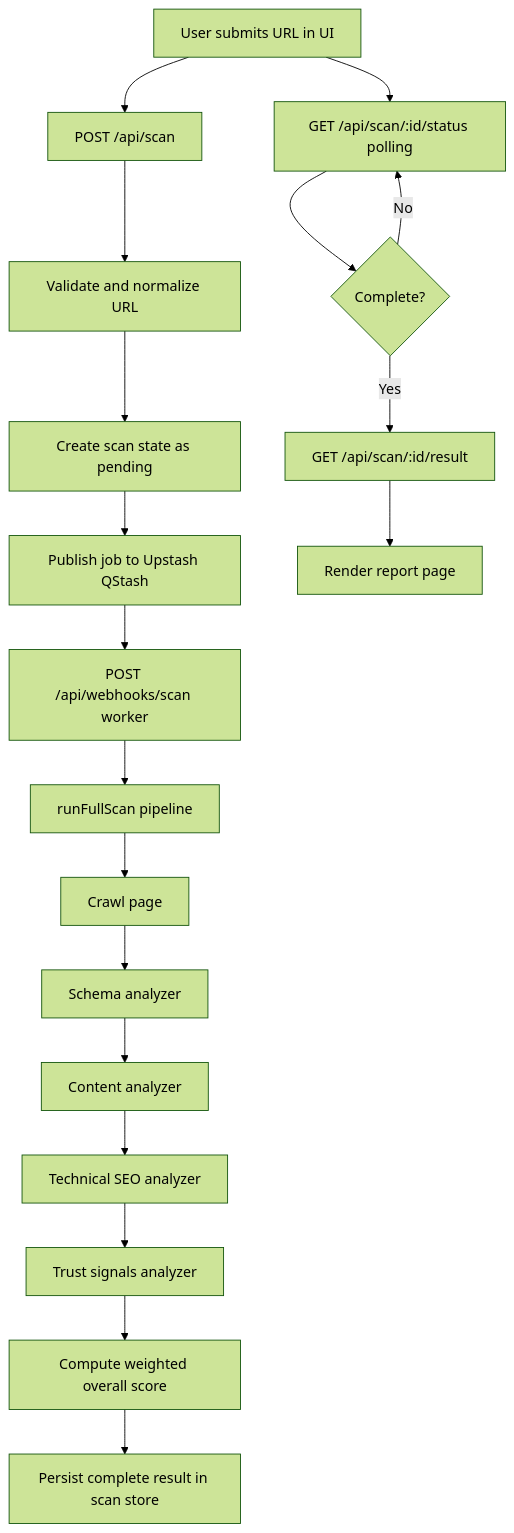
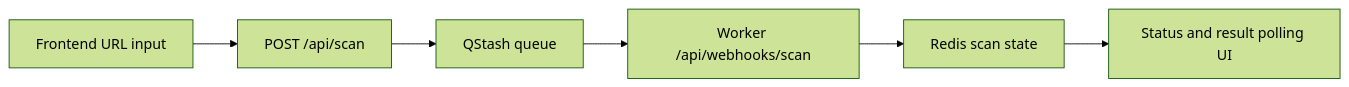
The diagram in README.md (Waqar-743/Audit_AI), drawn with Mermaid (forest theme) before and after one commit. The commit also changed other lines of this file and 1 other file, not shown here.

Commit message:
docs: shorten architecture and add live deploy workflow

````diff
--- a/README.md
+++ b/README.md
@@ -36,21 +34,8 @@
 ```mermaid
-flowchart TD
-	A[User submits URL in UI] --> B[POST /api/scan]
-	B --> C[Validate and normalize URL]
-	C --> D[Create scan state as pending]
-	D --> E[Publish job to Upstash QStash]
-	E --> F[POST /api/webhooks/scan worker]
-	F --> G[runFullScan pipeline]
-	G --> G1[Crawl page]
-	G1 --> G2[Schema analyzer]
-	G2 --> G3[Content analyzer]
-	G3 --> G4[Technical SEO analyzer]
-	G4 --> G5[Trust signals analyzer]
-	G5 --> H[Compute weighted overall score]
-	H --> I[Persist complete result in scan store]
-	A --> J[GET /api/scan/:id/status polling]
-	J --> K{Complete?}
-	K -- No --> J
-	K -- Yes --> L[GET /api/scan/:id/result]
-	L --> M[Render report page]
+flowchart LR
+	A[Frontend URL input] --> B[POST /api/scan]
+	B --> C[QStash queue]
+	C --> D[Worker /api/webhooks/scan]
+	D --> E[Redis scan state]
+	E --> F[Status and result polling UI]
 ```
````
